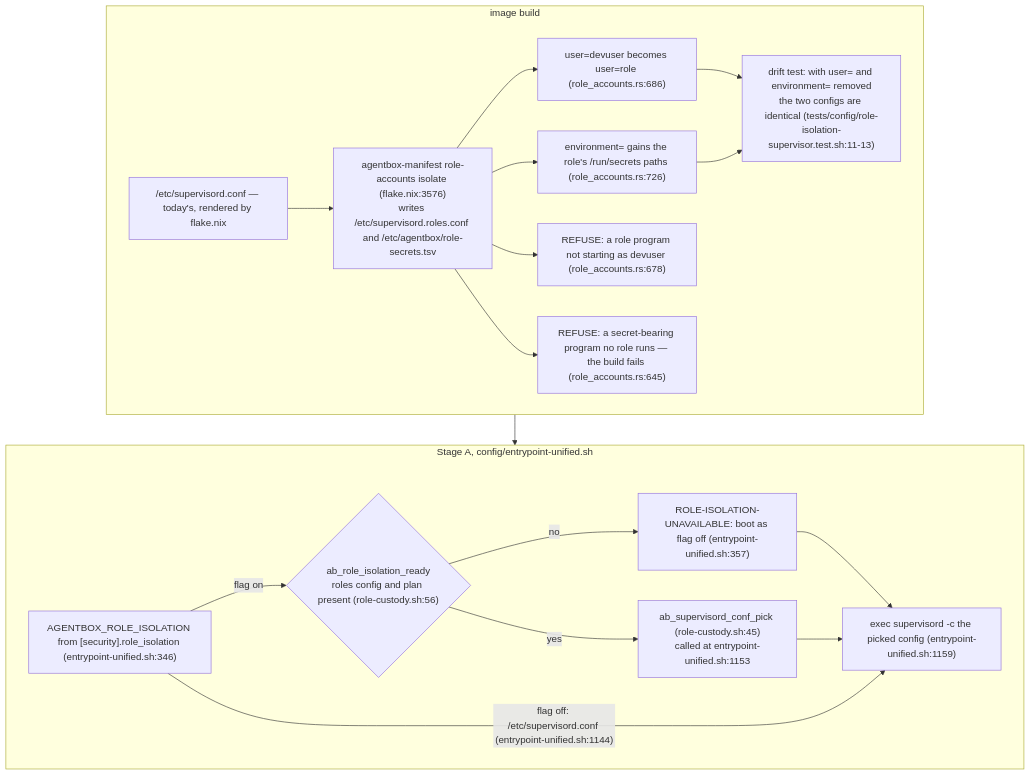
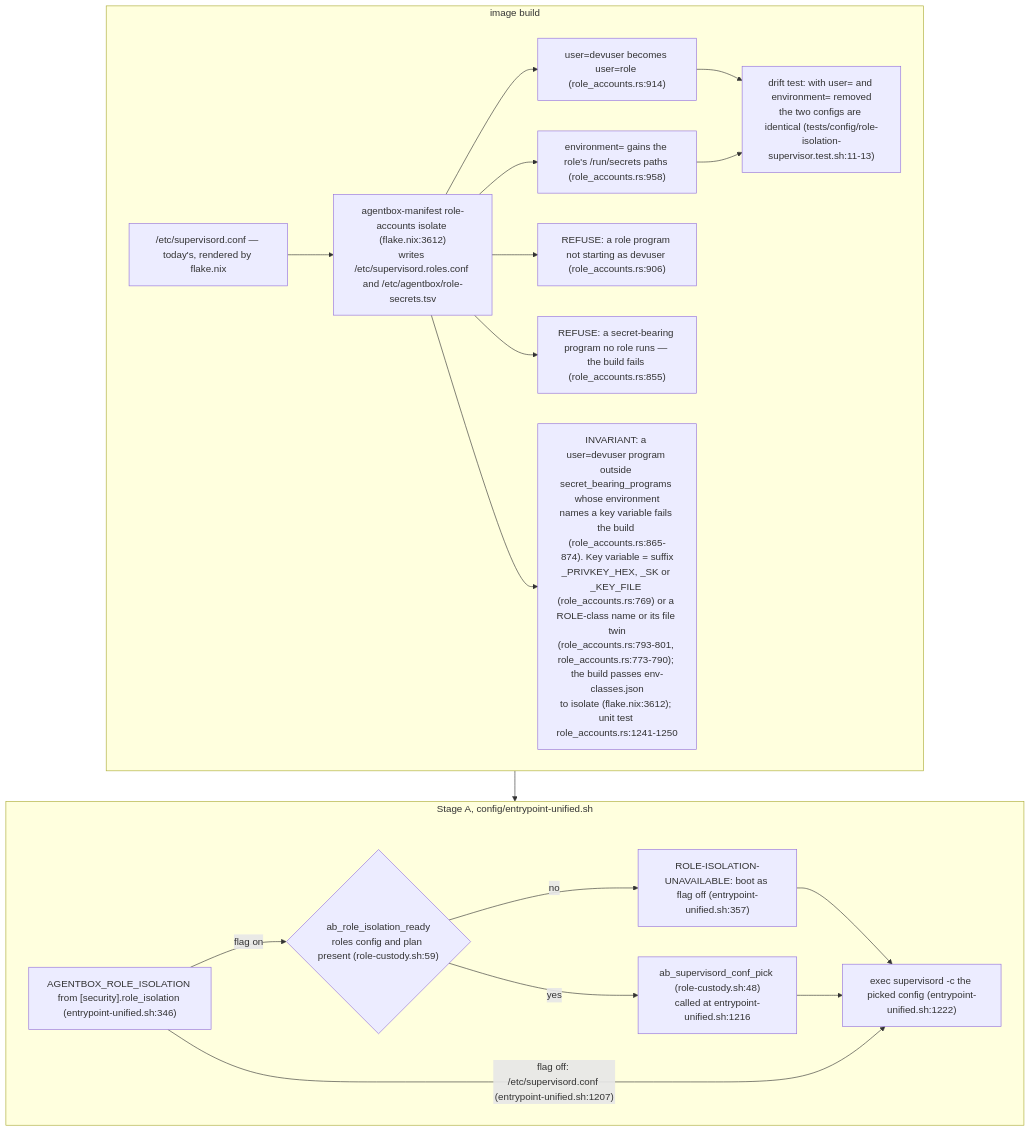
Before and after one commit to DreamLab-AI/VisionFlow: the second of 7 diagrams in docs/diagrams/agentbox/36-role-isolation-and-identity-port.md, drawn with Mermaid. The commit also changed other lines of this file and 4 other files, not shown here.

````diff
--- a/docs/diagrams/agentbox/36-role-isolation-and-identity-port.md
+++ b/docs/diagrams/agentbox/36-role-isolation-and-identity-port.md
@@ -81,27 +84,28 @@
 ```mermaid
 flowchart TB
     subgraph BUILD["image build"]
         TODAY["/etc/supervisord.conf — today's, rendered by flake.nix"]
-        ISO["agentbox-manifest role-accounts isolate (flake.nix:3576)<br/>writes /etc/supervisord.roles.conf and /etc/agentbox/role-secrets.tsv"]
+        ISO["agentbox-manifest role-accounts isolate (flake.nix:3612)<br/>writes /etc/supervisord.roles.conf and /etc/agentbox/role-secrets.tsv"]
         TODAY --> ISO
-        ISO --> R1["user=devuser becomes user=role (role_accounts.rs:686)"]
-        ISO --> R2["environment= gains the role's /run/secrets paths (role_accounts.rs:726)"]
-        ISO --> F1["REFUSE: a role program not starting as devuser (role_accounts.rs:678)"]
-        ISO --> F2["REFUSE: a secret-bearing program no role runs — the build fails (role_accounts.rs:645)"]
+        ISO --> R1["user=devuser becomes user=role (role_accounts.rs:914)"]
+        ISO --> R2["environment= gains the role's /run/secrets paths (role_accounts.rs:958)"]
+        ISO --> F1["REFUSE: a role program not starting as devuser (role_accounts.rs:906)"]
+        ISO --> F2["REFUSE: a secret-bearing program no role runs — the build fails (role_accounts.rs:855)"]
+        ISO --> F3["INVARIANT: a user=devuser program outside secret_bearing_programs whose environment<br/>names a key variable fails the build (role_accounts.rs:865-874). Key variable = suffix<br/>_PRIVKEY_HEX, _SK or _KEY_FILE (role_accounts.rs:769) or a ROLE-class name or its file twin<br/>(role_accounts.rs:793-801, role_accounts.rs:773-790); the build passes env-classes.json<br/>to isolate (flake.nix:3612); unit test role_accounts.rs:1241-1250"]
         T["drift test: with user= and environment= removed<br/>the two configs are identical (tests/config/role-isolation-supervisor.test.sh:11-13)"]
         R1 --> T
         R2 --> T
     end
     subgraph BOOT["Stage A, config/entrypoint-unified.sh"]
         FLAG["AGENTBOX_ROLE_ISOLATION from [security].role_isolation (entrypoint-unified.sh:346)"]
-        READY{"ab_role_isolation_ready<br/>roles config and plan present (role-custody.sh:56)"}
+        READY{"ab_role_isolation_ready<br/>roles config and plan present (role-custody.sh:59)"}
         UN["ROLE-ISOLATION-UNAVAILABLE: boot as flag off (entrypoint-unified.sh:357)"]
-        PICK["ab_supervisord_conf_pick (role-custody.sh:45)<br/>called at entrypoint-unified.sh:1153"]
-        EXEC["exec supervisord -c the picked config (entrypoint-unified.sh:1159)"]
+        PICK["ab_supervisord_conf_pick (role-custody.sh:48)<br/>called at entrypoint-unified.sh:1216"]
+        EXEC["exec supervisord -c the picked config (entrypoint-unified.sh:1222)"]
         FLAG -->|"flag on"| READY
         READY -->|"no"| UN --> EXEC
         READY -->|"yes"| PICK --> EXEC
-        FLAG -->|"flag off: /etc/supervisord.conf (entrypoint-unified.sh:1144)"| EXEC
+        FLAG -->|"flag off: /etc/supervisord.conf (entrypoint-unified.sh:1207)"| EXEC
     end
     BUILD --> BOOT
 ```
````
